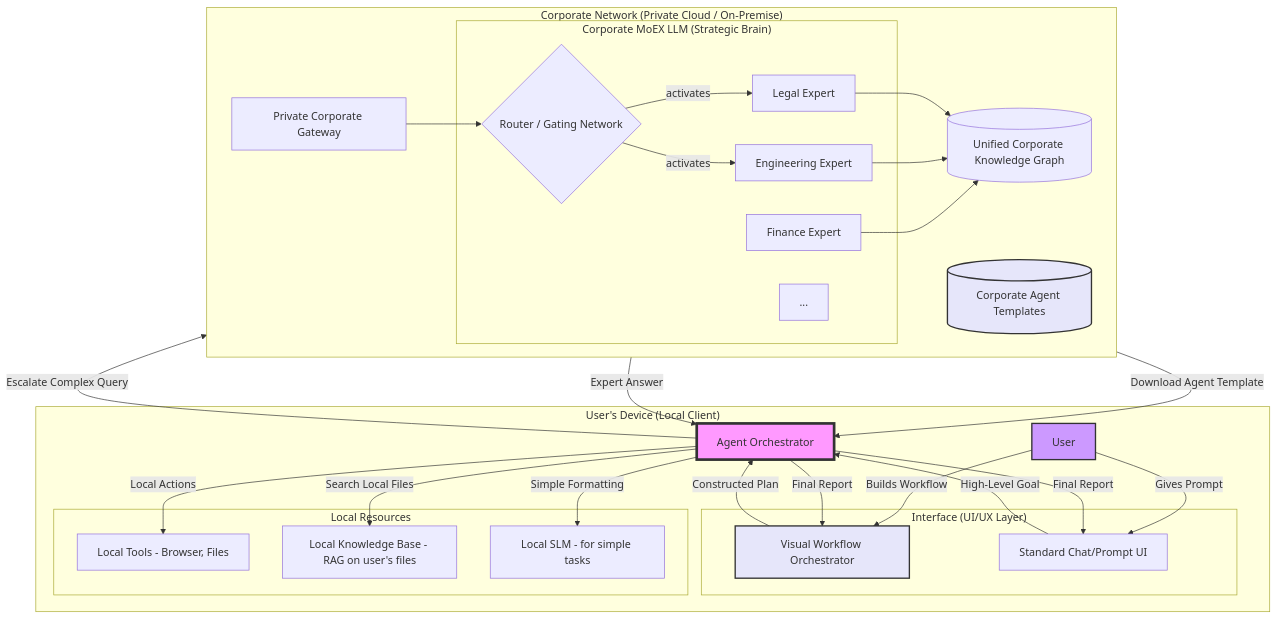
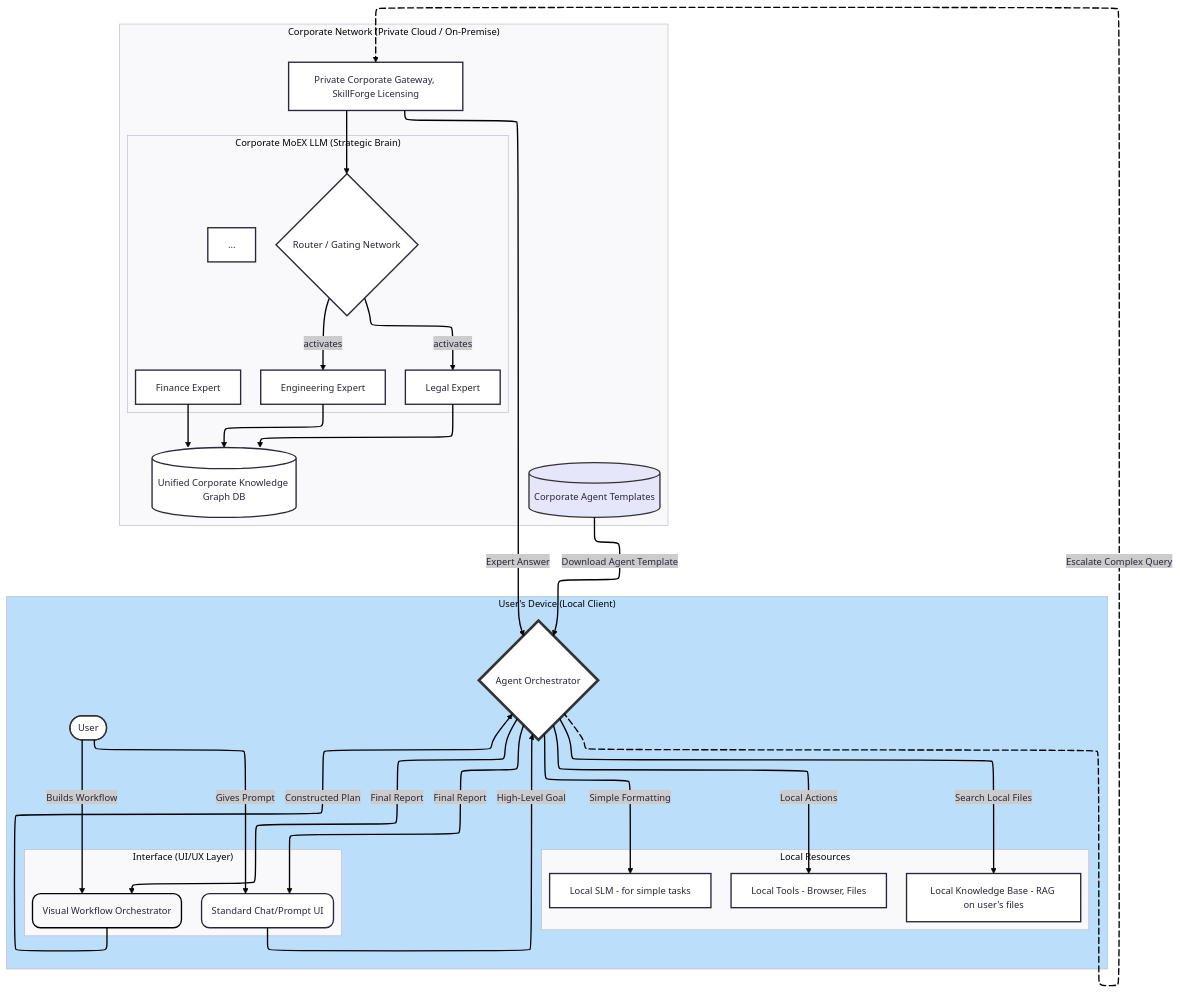
The second of 2 diagrams in membria/client.md (actiquest-dev/actiquest.github.io), drawn with Mermaid before and after one commit. The commit also changed other lines of this file, not shown here.

````diff
--- a/membria/client.md
+++ b/membria/client.md
@@ -506,53 +512,65 @@
 ```mermaid
+---
+config:
+  theme: redux
+  layout: elk
+---
 flowchart TD
  subgraph subGraph0["Corporate MoEX LLM (Strategic Brain)"]
         Router{"Router / Gating Network"}
         Expert_Legal["Legal Expert"]
         Expert_Eng["Engineering Expert"]
         Expert_Finance["Finance Expert"]
         Expert_Etc["..."]
   end
  subgraph subGraph1["Corporate Network (Private Cloud / On-Premise)"]
     direction LR
         Templates[("Corporate Agent Templates")]
-        Gateway["Private Corporate Gateway"]
+        Gateway["Private Corporate Gateway, SkillForge Licensing"]
         subGraph0
-        CKG[("Unified Corporate Knowledge Graph")]
+        CKG[("Unified Corporate Knowledge Graph DB")]
   end
  subgraph subGraph2["Interface (UI/UX Layer)"]
         VWO["Visual Workflow Orchestrator"]
         Chat["Standard Chat/Prompt UI"]
   end
  subgraph subGraph3["Local Resources"]
         LocalTools["Local Tools - Browser, Files"]
         LocalRAG@{ label: "Local Knowledge Base - RAG on user's files" }
         LocalSLM["Local SLM - for simple tasks"]
   end
  subgraph subGraph4["User's Device (Local Client)"]
-        User["User"]
+        User(["User"])
         subGraph2
         Orchestrator["Agent Orchestrator"]
         subGraph3
   end
     Router -- activates --> Expert_Legal & Expert_Eng
     Gateway --> Router
     Expert_Legal --> CKG
     Expert_Eng --> CKG
     Expert_Finance --> CKG
     User -- Builds Workflow --> VWO
     User -- Gives Prompt --> Chat
     VWO -- Constructed Plan --> Orchestrator
     Chat -- "High-Level Goal" --> Orchestrator
     Orchestrator -- Local Actions --> LocalTools
     Orchestrator -- Search Local Files --> LocalRAG
     Orchestrator -- Simple Formatting --> LocalSLM
     Templates -- Download Agent Template --> Orchestrator
-    Orchestrator -- Escalate Complex Query --> Gateway
+    Orchestrator L_Orchestrator_Gateway_0@-- Escalate Complex Query --> Gateway
     Gateway -- Expert Answer --> Orchestrator
     Orchestrator -- Final Report --> VWO & Chat
+    VWO@{ shape: rounded}
+    Chat@{ shape: rounded}
     LocalRAG@{ shape: rect}
+    Orchestrator@{ shape: diam}
+     VWO:::Class_01
+    classDef Class_01 stroke-width:2px, stroke-dasharray: 0, fill:#ffff
     style Templates fill:#e6e6fa,stroke:#333,stroke-width:2px
-    style VWO fill:#e6e6fa,stroke:#333,stroke-width:2px
-    style User fill:#c9f,stroke:#333,stroke-width:2px
-    style Orchestrator fill:#f9f,stroke:#333,stroke-width:4px
+    style VWO fill:transparent,stroke:#000000,stroke-width:2px
+    style User fill:#FFFFFF,stroke:#333,stroke-width:2px
+    style Orchestrator fill:#FFFFFF,stroke:#333,stroke-width:4px
+    style subGraph4 fill:#BBDEFB
+    L_Orchestrator_Gateway_0@{ animation: slow }
 ```
````
